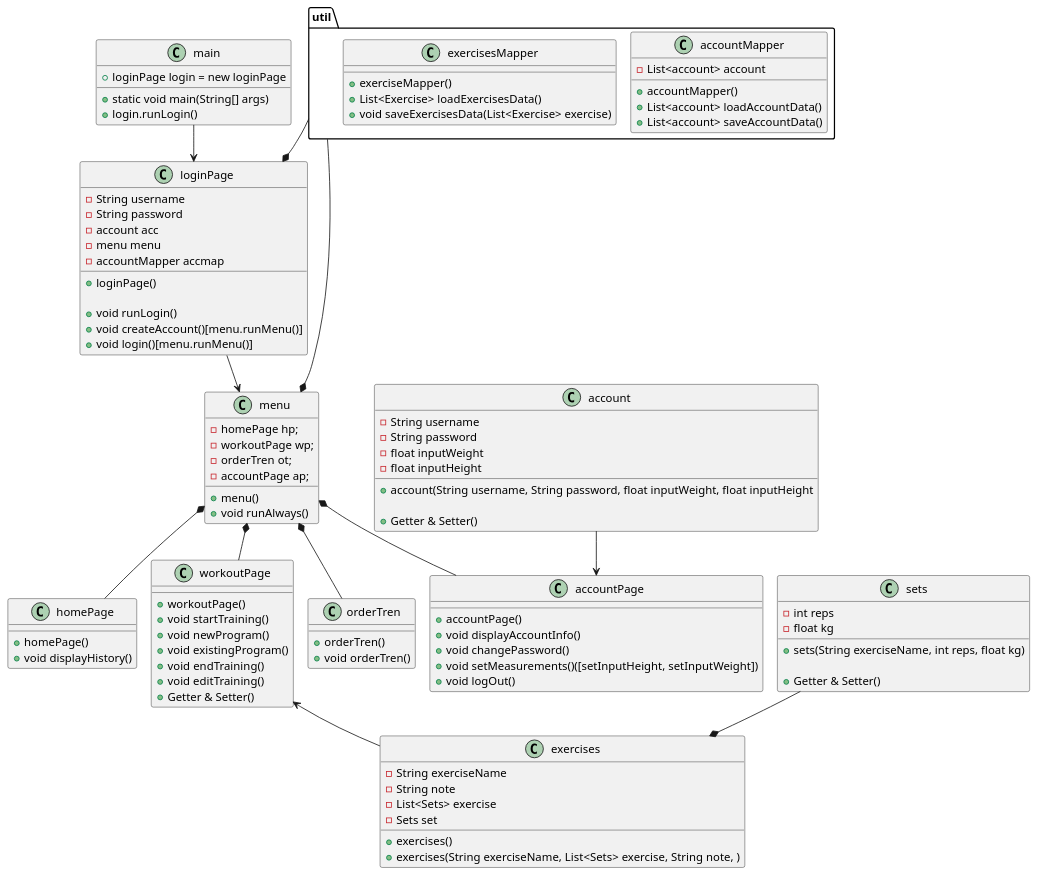
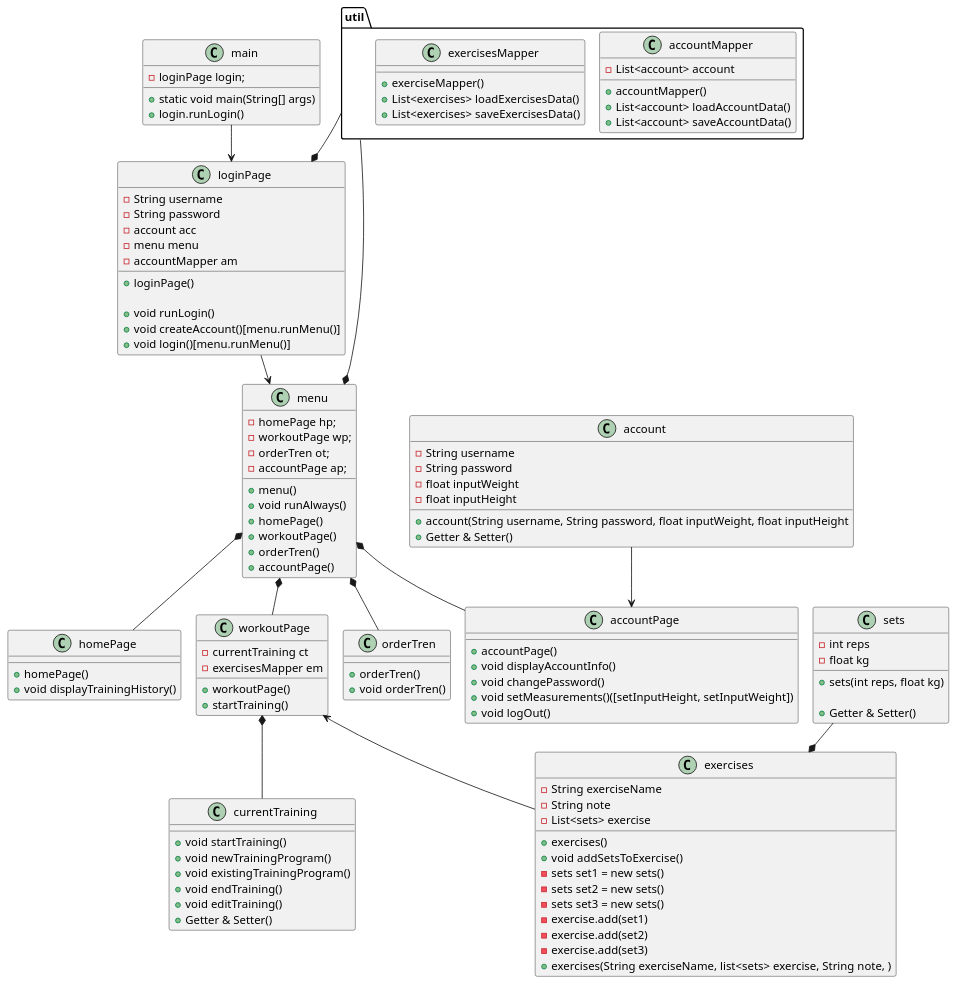
The diagram in src/doc/diagram/class_diagram_v0.puml (MarcusPFF/Trening-ICE-SEM1), drawn with PlantUML before and after one commit.

```diff
--- a/src/doc/diagram/class_diagram_v0.puml
+++ b/src/doc/diagram/class_diagram_v0.puml
@@ -1,120 +1,146 @@
 @startuml
 !pragma layout smetana
 
 main --> loginPage
 loginPage --> menu
 menu *-- homePage
 menu *-- workoutPage
 menu *-- accountPage
 menu *-- orderTren
 account --> accountPage
 workoutPage <-- exercises
 "util" --* menu
 "util" --* loginPage
 sets --* exercises
 
 class main {
 + static void main(String[] args)
-+ loginPage login = new loginPage
+- loginPage login;
 + login.runLogin()
 
 }
 
 class loginPage {
 - String username
 - String password
 - account acc
 - menu menu
-- accountMapper accmap
+- accountMapper am
 
 ' Constructor
 + loginPage()
 
 ' Metoder
 + void runLogin()
 + void createAccount()[menu.runMenu()]
 + void login()[menu.runMenu()]
 
 }
 class menu {
 - homePage hp;
 - workoutPage wp;
 - orderTren ot;
 - accountPage ap;
 + menu()
 + void runAlways()
++  homePage()
++  workoutPage()
++  orderTren()
++  accountPage()
+
 
 }
 class homePage {
 + homePage()
-+ void displayHistory()
++ void displayTrainingHistory()
 }
 class workoutPage {
+- currentTraining ct
+- exercisesMapper em
 + workoutPage()
++ startTraining()
+
+}
+
+workoutPage *-- currentTraining
+
+class currentTraining{
 + void startTraining()
-+ void newProgram()
-+ void existingProgram()
++ void newTrainingProgram()
++ void existingTrainingProgram()
 + void endTraining()
 + void editTraining()
 + Getter & Setter()
 }
+
 class accountPage {
 + accountPage()
 + void displayAccountInfo()
 + void changePassword()
 + void setMeasurements()([setInputHeight, setInputWeight])
 + void logOut()
 
 }
 class orderTren {
 + orderTren()
 + void orderTren()
 
 }
 class exercises {
 + exercises()
 - String exerciseName
 - String note
-- List<Sets> exercise
-- Sets set
+- List<sets> exercise
 
-+ exercises(String exerciseName, List<Sets> exercise, String note, )
+
++ void addSetsToExercise()
+- sets set1 = new sets()
+- sets set2 = new sets()
+- sets set3 = new sets()
+- exercise.add(set1)
+- exercise.add(set2)
+- exercise.add(set3)
+
+
+
+
++ exercises(String exerciseName, list<sets> exercise, String note, )
+
 
 }
 
 class account {
 - String username
 - String password
 - float inputWeight
 - float inputHeight
 
 + account(String username, String password, float inputWeight, float inputHeight
-
 + Getter & Setter()
 
 }
 class sets {
 - int reps
 - float kg
 
-+ sets(String exerciseName, int reps, float kg)
++ sets(int reps, float kg)
 
 + Getter & Setter()
 }
 
 package "util" {
 class accountMapper {
 + accountMapper()
 - List<account> account
 
 +List<account> loadAccountData()
 +List<account> saveAccountData()
 }
 
 class exercisesMapper {
 + exerciseMapper()
-+ List<Exercise> loadExercisesData()
-+ void saveExercisesData(List<Exercise> exercise)
++ List<exercises> loadExercisesData()
++ List<exercises> saveExercisesData()
 }
 }
 @enduml
```
